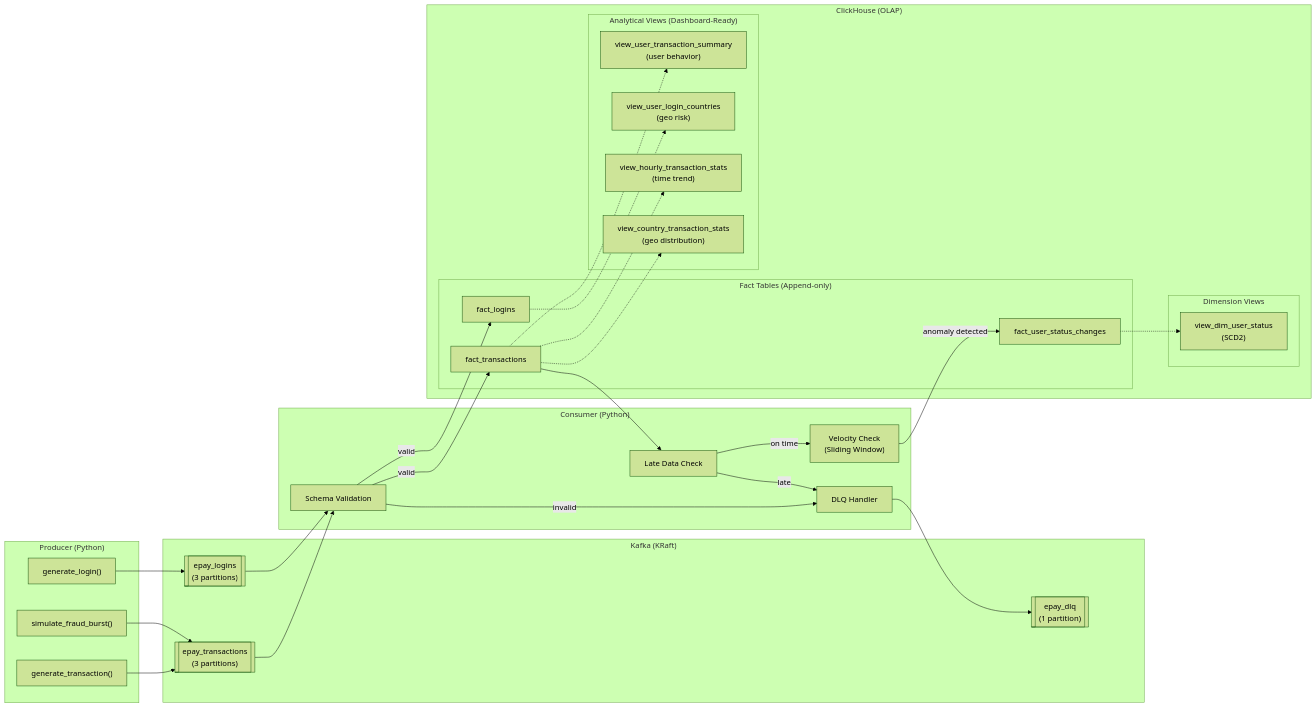
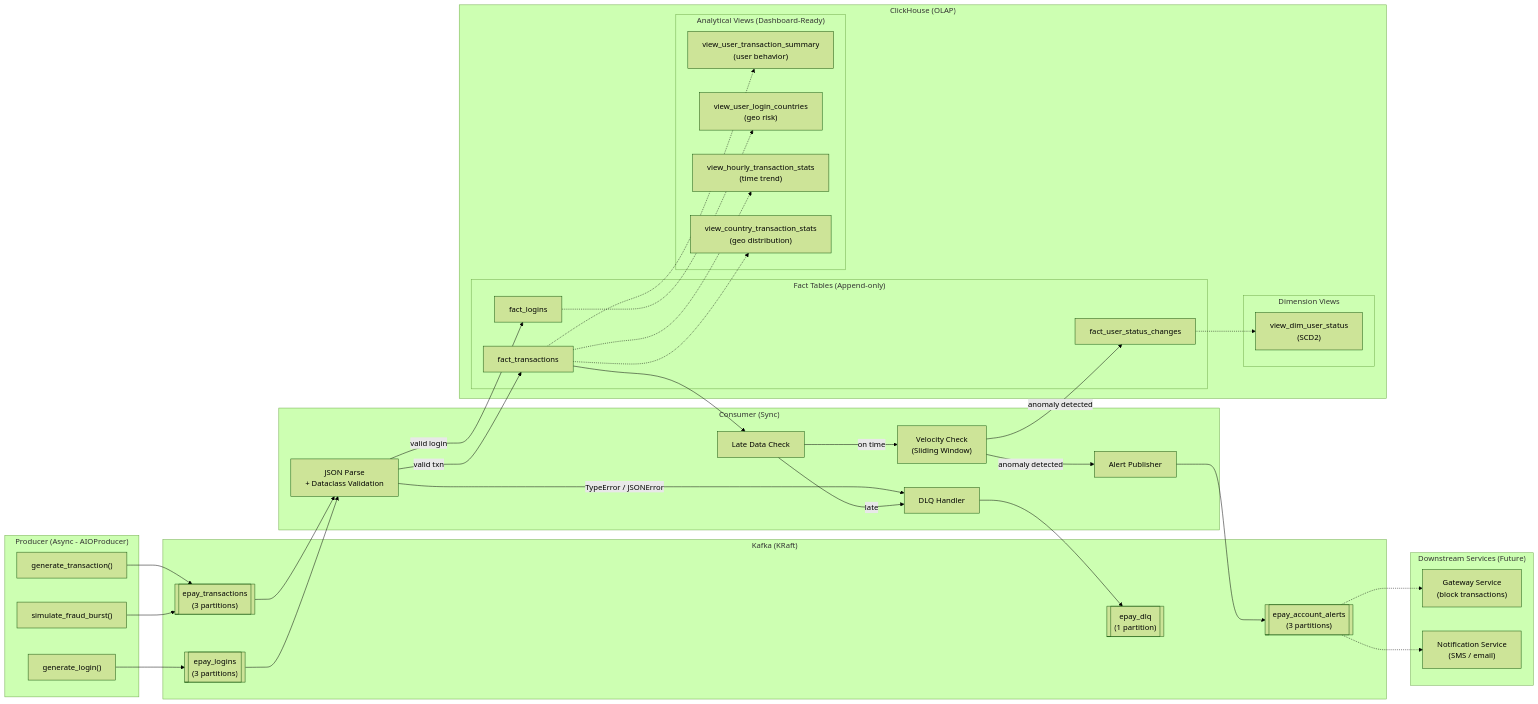
Before and after one commit to itoyuhao/kafka-pub-sub-system: the diagram in docs/data-lineage.mermaid, drawn with Mermaid (forest theme). The commit also changed 2 other files, not shown here.

```diff
--- a/docs/data-lineage.mermaid
+++ b/docs/data-lineage.mermaid
@@ -1,63 +1,75 @@
 flowchart LR
-    subgraph Producer["Producer (Python)"]
+    subgraph Producer["Producer (Async - AIOProducer)"]
         GEN_TXN["generate_transaction()"]
         GEN_LOGIN["generate_login()"]
         FRAUD["simulate_fraud_burst()"]
     end
 
     subgraph Kafka["Kafka (KRaft)"]
         T_TXN[["epay_transactions\n(3 partitions)"]]
         T_LOGIN[["epay_logins\n(3 partitions)"]]
         T_DLQ[["epay_dlq\n(1 partition)"]]
+        T_ALERTS[["epay_account_alerts\n(3 partitions)"]]
     end
 
-    subgraph Consumer["Consumer (Python)"]
-        VALIDATE["Schema Validation"]
+    subgraph Consumer["Consumer (Sync)"]
+        PARSE["JSON Parse\n+ Dataclass Validation"]
         LATE["Late Data Check"]
         VELOCITY["Velocity Check\n(Sliding Window)"]
         DLQ_SEND["DLQ Handler"]
+        ALERT_SEND["Alert Publisher"]
     end
 
     subgraph ClickHouse["ClickHouse (OLAP)"]
         subgraph FactTables["Fact Tables (Append-only)"]
             FT["fact_transactions"]
             FL["fact_logins"]
             FSC["fact_user_status_changes"]
         end
 
         subgraph DimViews["Dimension Views"]
             VDS["view_dim_user_status\n(SCD2)"]
         end
 
         subgraph AnalyticalViews["Analytical Views (Dashboard-Ready)"]
             VUTS["view_user_transaction_summary\n(user behavior)"]
             VULC["view_user_login_countries\n(geo risk)"]
             VHTS["view_hourly_transaction_stats\n(time trend)"]
             VCTS["view_country_transaction_stats\n(geo distribution)"]
         end
     end
 
+    subgraph Downstream["Downstream Services (Future)"]
+        GW["Gateway Service\n(block transactions)"]
+        NOTIF["Notification Service\n(SMS / email)"]
+    end
+
     GEN_TXN --> T_TXN
     GEN_LOGIN --> T_LOGIN
     FRAUD --> T_TXN
 
-    T_TXN --> VALIDATE
-    T_LOGIN --> VALIDATE
+    T_TXN --> PARSE
+    T_LOGIN --> PARSE
 
-    VALIDATE -->|"valid"| FT
-    VALIDATE -->|"valid"| FL
-    VALIDATE -->|"invalid"| DLQ_SEND
+    PARSE -->|"valid txn"| FT
+    PARSE -->|"valid login"| FL
+    PARSE -->|"TypeError / JSONError"| DLQ_SEND
 
     FT --> LATE
     LATE -->|"on time"| VELOCITY
     LATE -->|"late"| DLQ_SEND
 
     VELOCITY -->|"anomaly detected"| FSC
+    VELOCITY -->|"anomaly detected"| ALERT_SEND
 
     DLQ_SEND --> T_DLQ
+    ALERT_SEND --> T_ALERTS
+
+    T_ALERTS -.-> GW
+    T_ALERTS -.-> NOTIF
 
     FT -.-> VUTS
     FT -.-> VHTS
     FT -.-> VCTS
     FL -.-> VULC
     FSC -.-> VDS
```
